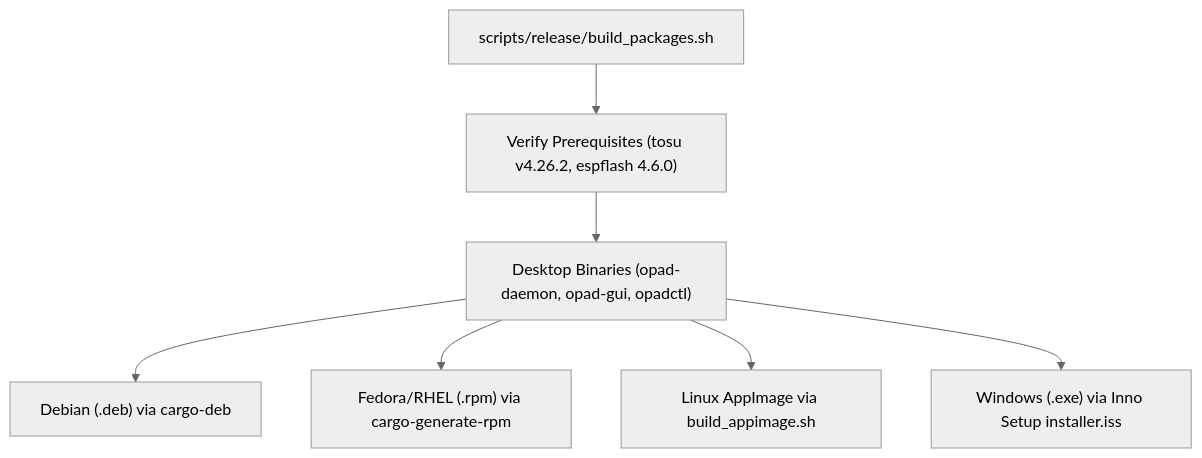
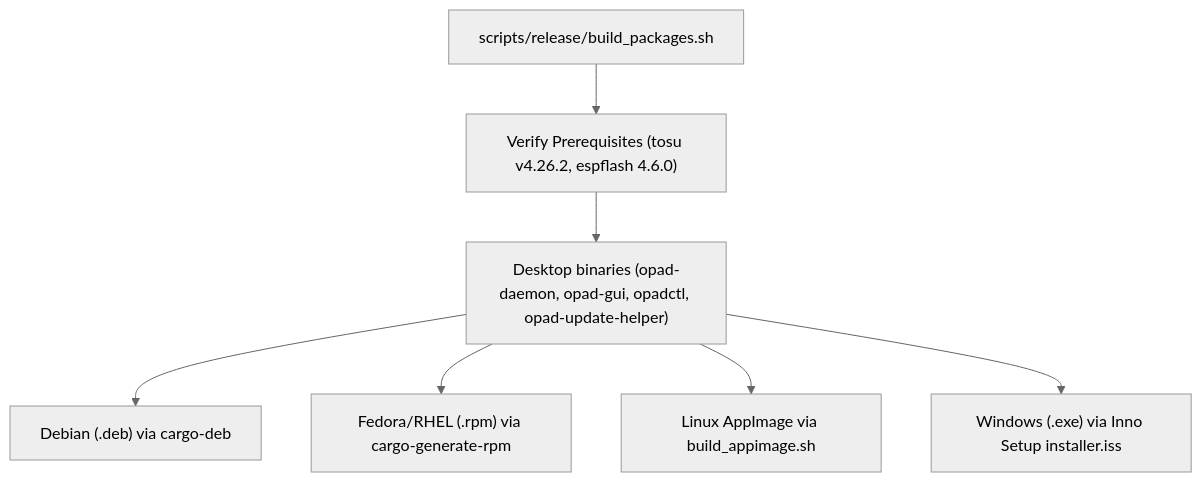
Before and after one commit to OPad-dev/opad-web: the diagram in src/content/docs/docs/develop/packaging.md, drawn with Mermaid (neutral theme). The commit also changed other lines of this file and 110 other files, not shown here.

```diff
--- a/src/content/docs/docs/develop/packaging.md
+++ b/src/content/docs/docs/develop/packaging.md
@@ -14,9 +14,9 @@
 <pre class="mermaid">
 flowchart TD
     Build["scripts/release/build_packages.sh"] --&gt; PreReq["Verify Prerequisites (tosu v4.26.2, espflash 4.6.0)"]
-    PreReq --&gt; Binaries["Desktop Binaries (opad-daemon, opad-gui, opadctl)"]
+    PreReq --&gt; Binaries["Desktop binaries (opad-daemon, opad-gui, opadctl, opad-update-helper)"]
     Binaries --&gt; DEB["Debian (.deb) via cargo-deb"]
     Binaries --&gt; RPM["Fedora/RHEL (.rpm) via cargo-generate-rpm"]
     Binaries --&gt; AppImage["Linux AppImage via build_appimage.sh"]
     Binaries --&gt; Windows["Windows (.exe) via Inno Setup installer.iss"]
 </pre>
```
